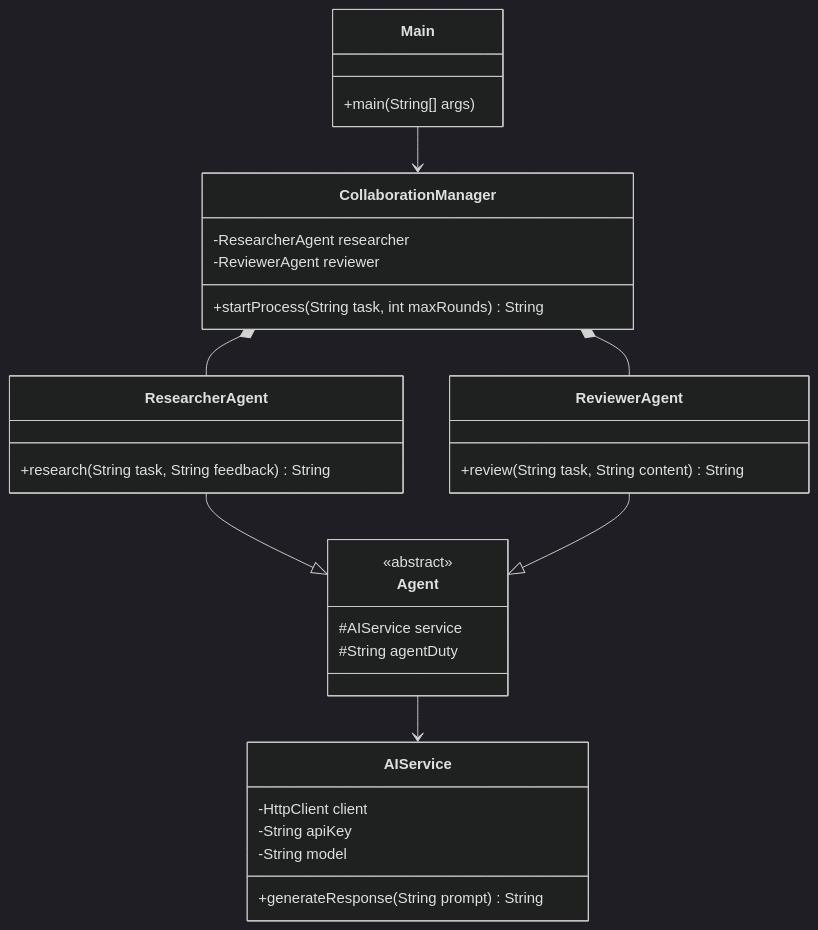
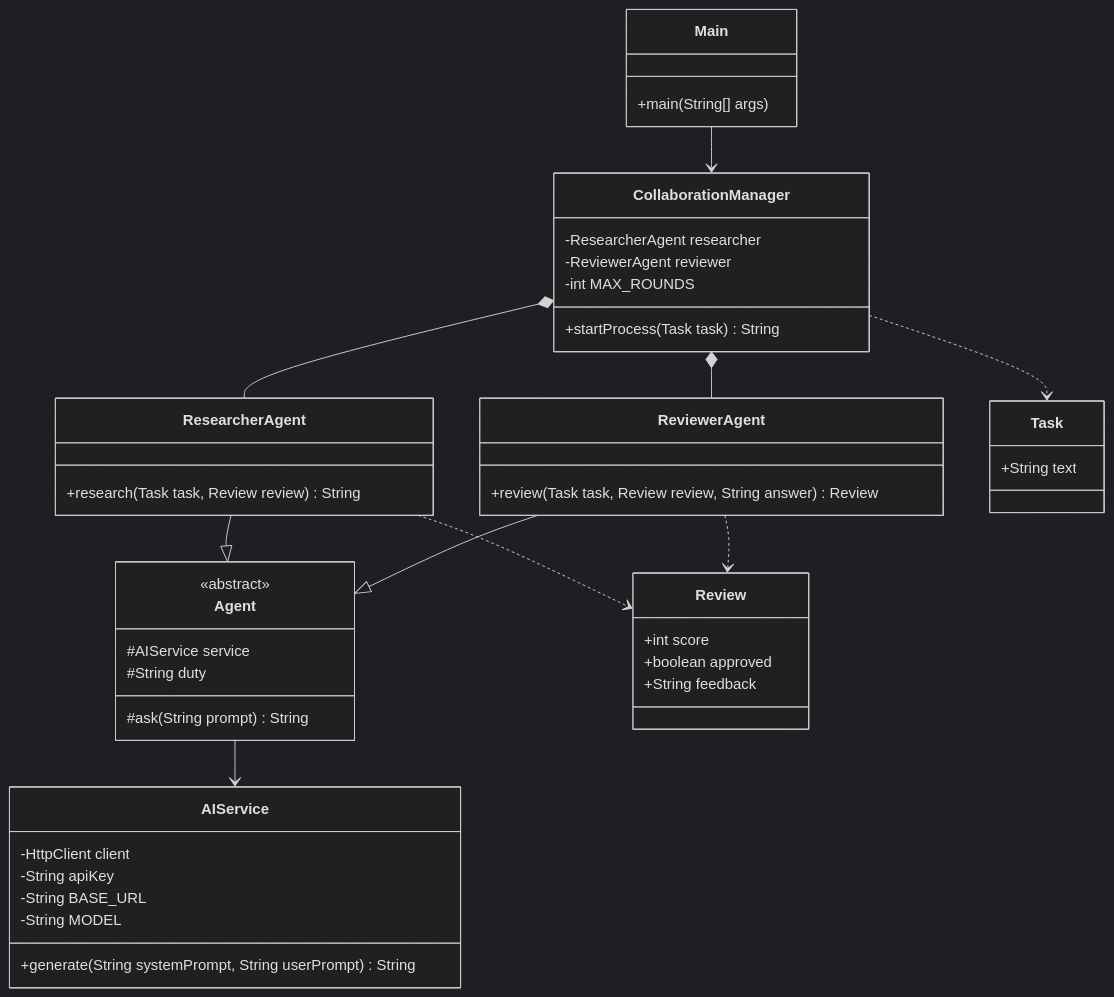
The diagram in README.md (rintoji/REXOR), drawn with Mermaid (dark theme) before and after one commit.

Commit message:
Update class diagram to match current code

````diff
--- a/README.md
+++ b/README.md
@@ -40,40 +40,56 @@
 ```mermaid
 classDiagram
     class Main {
         +main(String[] args)
     }
 
     class CollaborationManager {
         -ResearcherAgent researcher
         -ReviewerAgent reviewer
-        +startProcess(String task, int maxRounds) String
+        -int MAX_ROUNDS
+        +startProcess(Task task) String
     }
 
     class Agent {
         <<abstract>>
         #AIService service
-        #String agentDuty
+        #String duty
+        #ask(String prompt) String
     }
 
     class ResearcherAgent {
-        +research(String task, String feedback) String
+        +research(Task task, Review review) String
     }
 
     class ReviewerAgent {
-        +review(String task, String content) String
+        +review(Task task, Review review, String answer) Review
     }
 
     class AIService {
         -HttpClient client
         -String apiKey
-        -String model
-        +generateResponse(String prompt) String
+        -String BASE_URL
+        -String MODEL
+        +generate(String systemPrompt, String userPrompt) String
+    }
+
+    class Task {
+        +String text
+    }
+
+    class Review {
+        +int score
+        +boolean approved
+        +String feedback
     }
 
     Main --> CollaborationManager
     CollaborationManager *-- ResearcherAgent
     CollaborationManager *-- ReviewerAgent
     ResearcherAgent --|> Agent
     ReviewerAgent --|> Agent
     Agent --> AIService
+    CollaborationManager ..> Task
+    ResearcherAgent ..> Review
+    ReviewerAgent ..> Review
 ```
````
